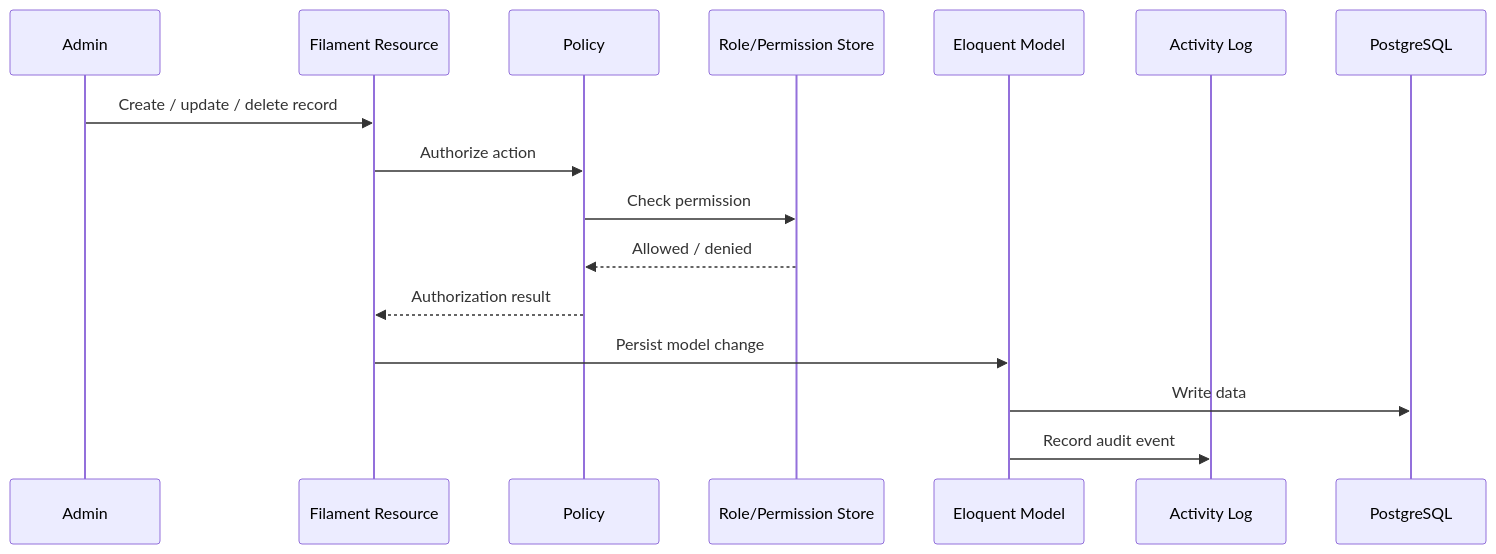
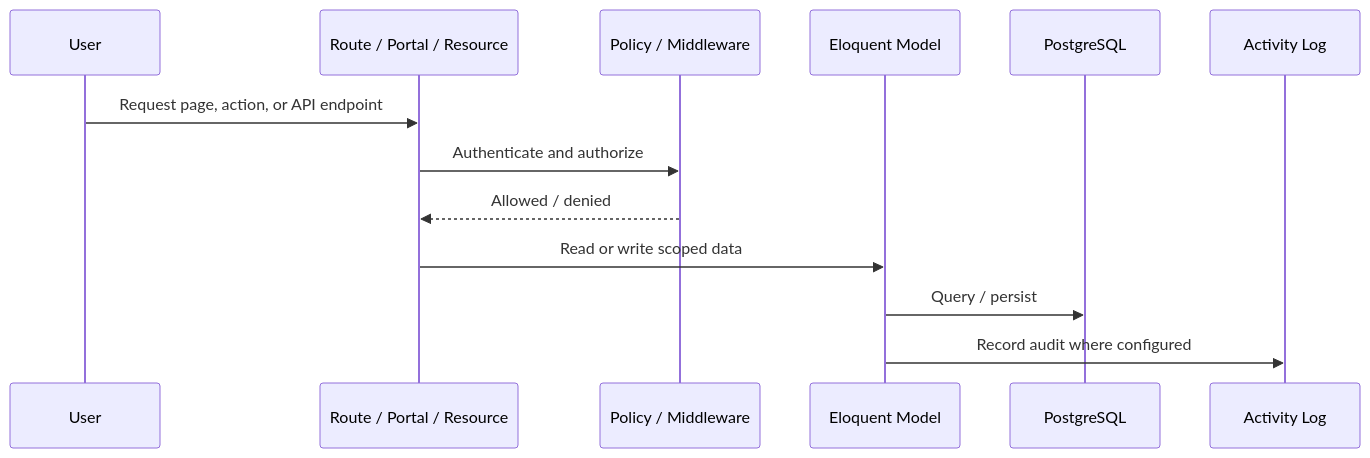
Before and after one commit to zedxmidkidlit1/kyauksetu-erp: the second of 3 diagrams in README.md, drawn with Mermaid. The commit also changed other lines of this file and 1 other file, not shown here.

````diff
--- a/README.md
+++ b/README.md
@@ -125,19 +194,16 @@
 ```mermaid
 sequenceDiagram
-    participant A as Admin
-    participant F as Filament Resource
-    participant P as Policy
-    participant R as Role/Permission Store
+    participant U as User
+    participant R as Route / Portal / Resource
+    participant P as Policy / Middleware
     participant M as Eloquent Model
-    participant L as Activity Log
     participant D as PostgreSQL
+    participant A as Activity Log
 
-    A->>F: Create / update / delete record
-    F->>P: Authorize action
-    P->>R: Check permission
-    R-->>P: Allowed / denied
-    P-->>F: Authorization result
-    F->>M: Persist model change
-    M->>D: Write data
-    M->>L: Record audit event
+    U->>R: Request page, action, or API endpoint
+    R->>P: Authenticate and authorize
+    P-->>R: Allowed / denied
+    R->>M: Read or write scoped data
+    M->>D: Query / persist
+    M->>A: Record audit where configured
 ```
````
